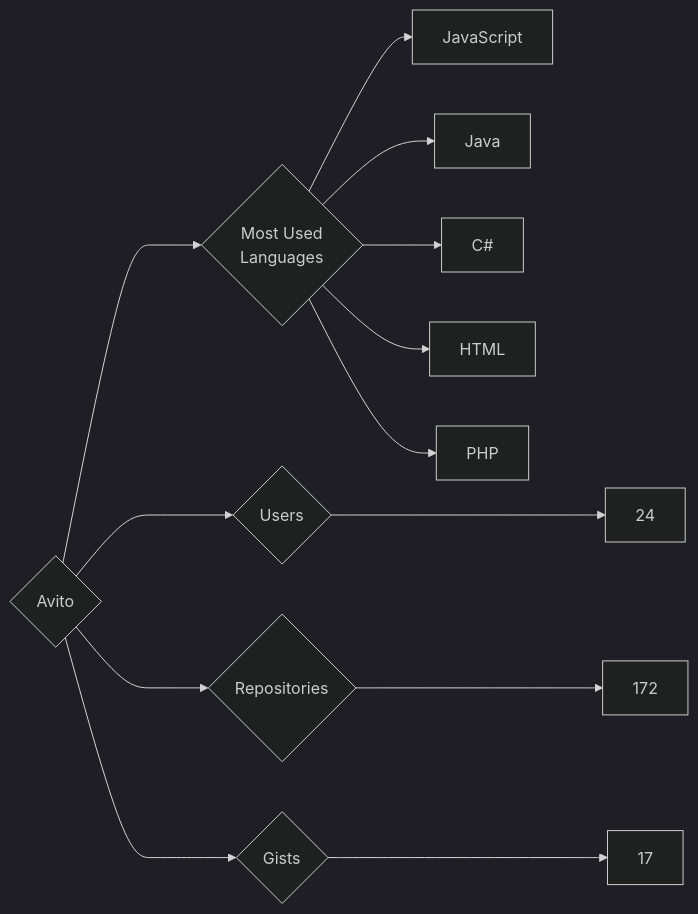
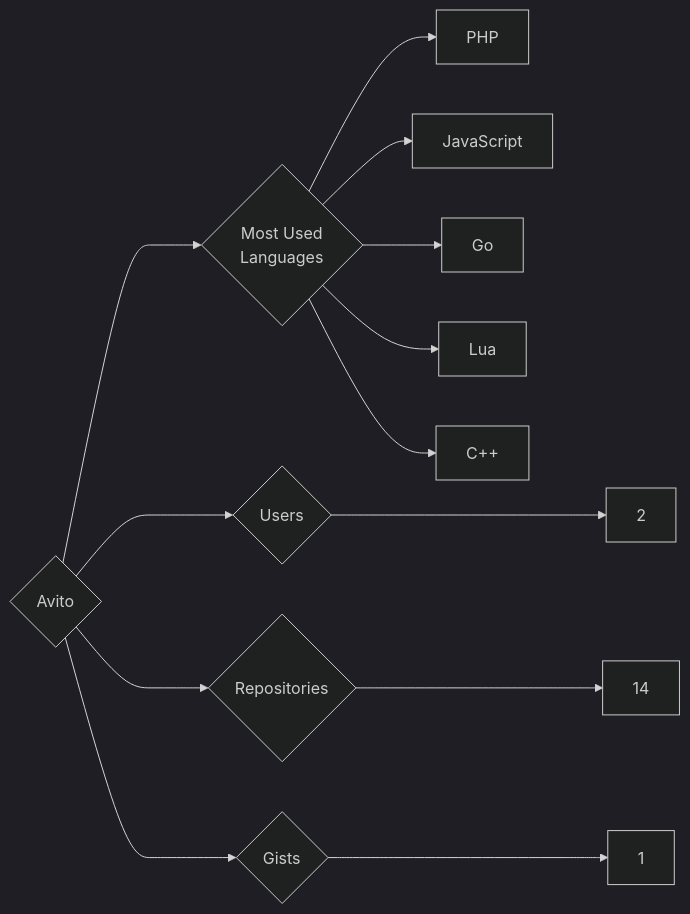
Before and after one commit to trickest/insiders: the diagram in targets/Avito/README.md, drawn with Mermaid (dark theme). The commit also changed 723 other files, not shown here.

````diff
--- a/targets/Avito/README.md
+++ b/targets/Avito/README.md
@@ -3,13 +3,13 @@
 ```mermaid
 graph LR
 COMPANY_NAME{Avito}
-COMPANY_NAME ---> U{Users} ---> UN[24]
-COMPANY_NAME ---> R{Repositories} ---> RN[172]
-COMPANY_NAME ---> G{Gists} ---> GN[17]
+COMPANY_NAME ---> U{Users} ---> UN[2]
+COMPANY_NAME ---> R{Repositories} ---> RN[14]
+COMPANY_NAME ---> G{Gists} ---> GN[1]
 COMPANY_NAME ---> ML{Most Used<br>Languages}
+ML --> PHP[PHP]
 ML --> JavaScript[JavaScript]
-ML --> Java[Java]
-ML --> C#[C#]
-ML --> HTML[HTML]
-ML --> PHP[PHP]
+ML --> Go[Go]
+ML --> Lua[Lua]
+ML --> C++[C++]
 ```
````
